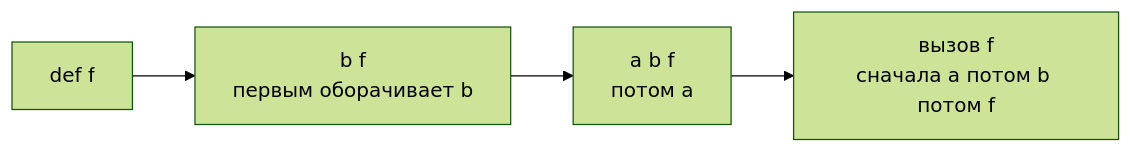
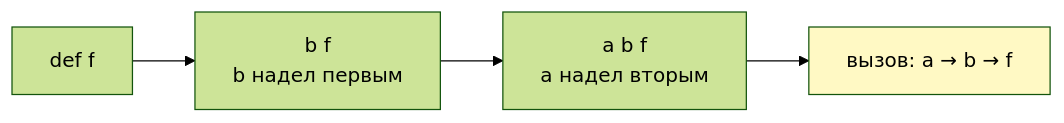
The fifth of 6 diagrams in 02_Курсы/01. Инженерные практики Python/01_Лекции/07. Декораторы.md (JayStorm228/College), drawn with Mermaid (forest theme) before and after one commit. The commit also changed other lines of this file and 4 other files, not shown here.

````diff
--- a/02_Курсы/01. Инженерные практики Python/01_Лекции/07. Декораторы.md
+++ b/02_Курсы/01. Инженерные практики Python/01_Лекции/07. Декораторы.md
@@ -255,6 +307,7 @@
 ```mermaid
 flowchart LR
-  F[def f] --> B[b f<br>первым оборачивает b]
-  B --> A[a b f<br>потом a]
-  A --> Call[вызов f<br>сначала a потом b потом f]
+  F[def f] --> B[b f<br>b надел первым]
+  B --> A[a b f<br>a надел вторым]
+  A --> Call[вызов: a → b → f]
+  style Call fill:#fff9c4
 ```
````
